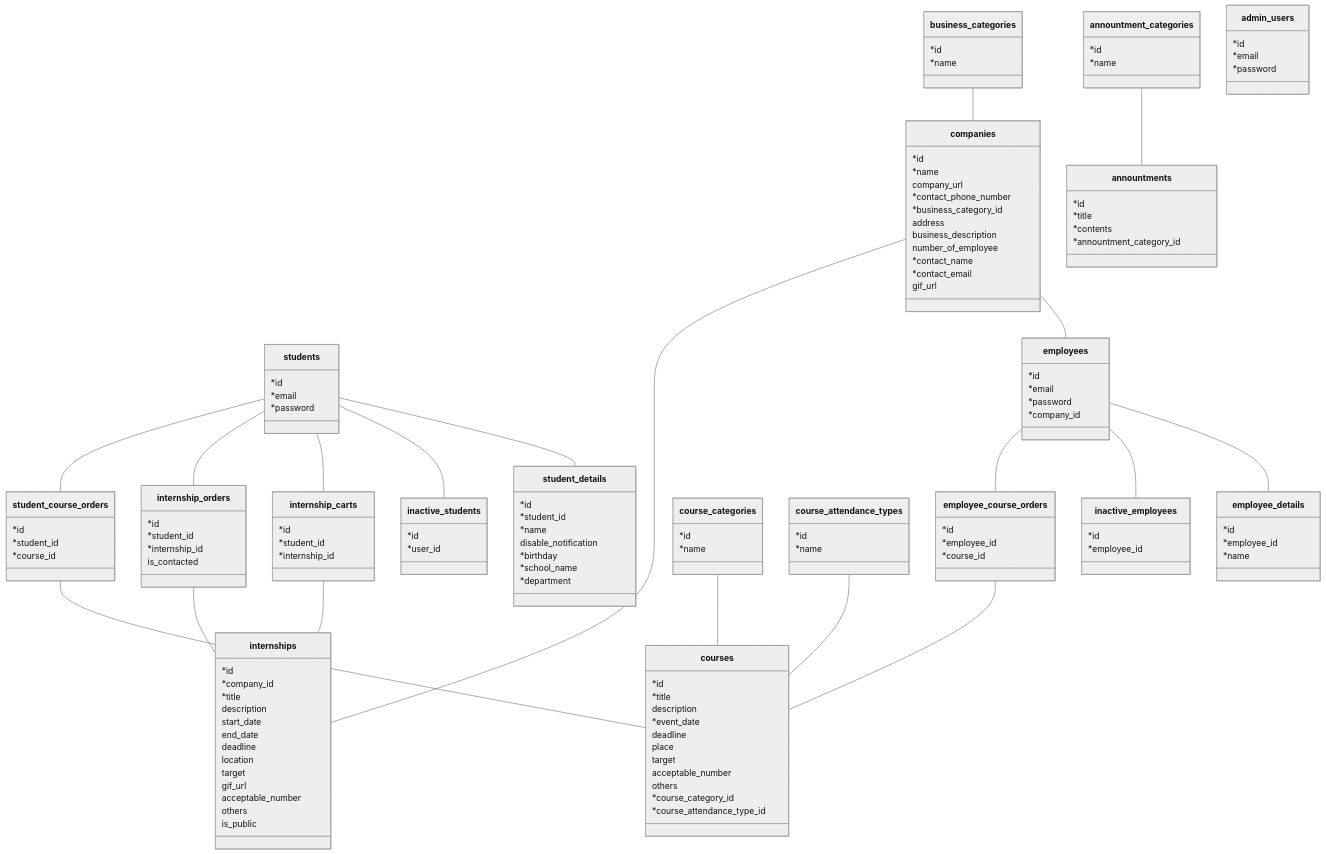
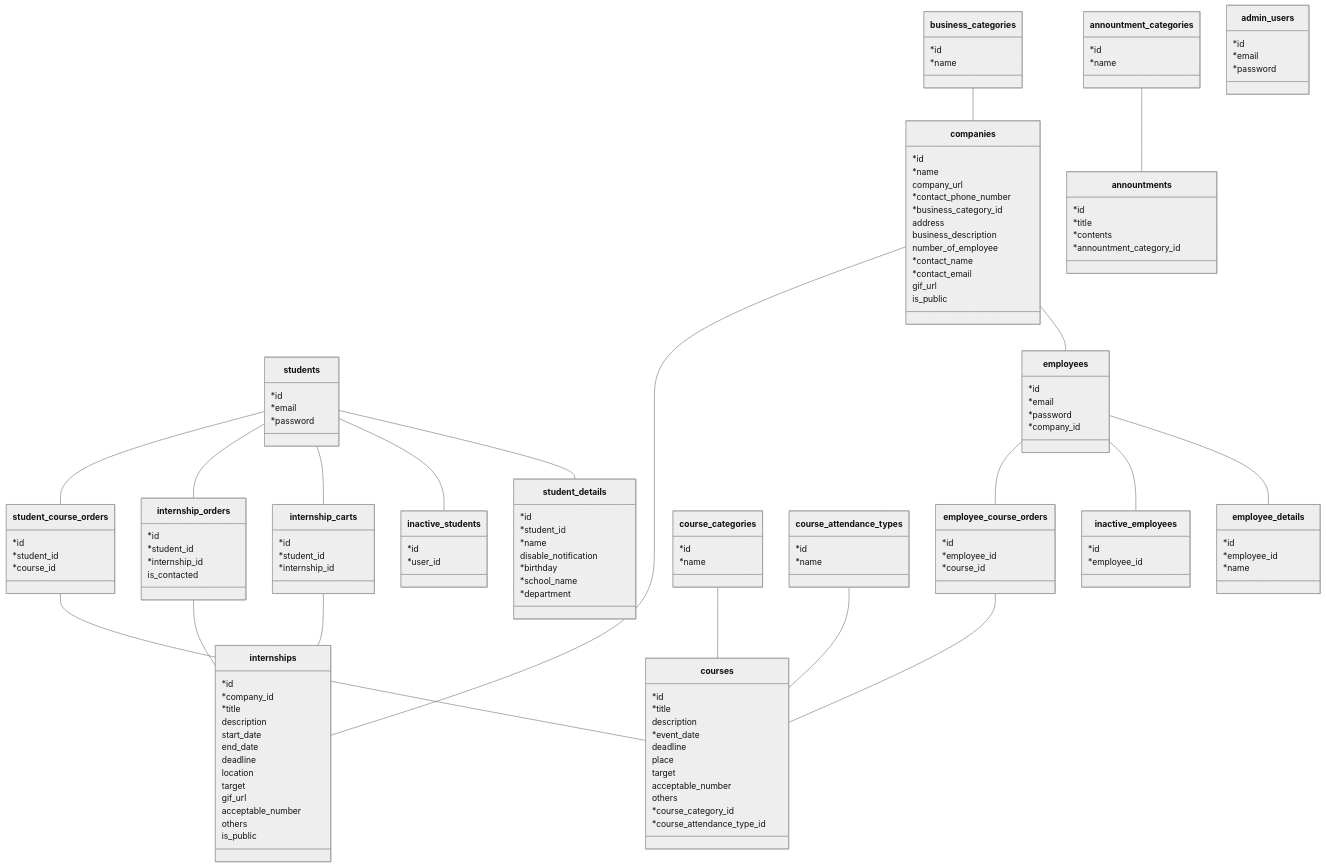
The diagram in docs/schema.md (youichiro/nagaoka-internship-site), drawn with Mermaid before and after one commit. The commit also changed 2 other files, not shown here.

Commit message:
add is_public column to companies

```diff
--- a/docs/schema.md
+++ b/docs/schema.md
@@ -82,6 +82,7 @@
     *contact_name
     *contact_email
     gif_url
+    is_public
   }
 
   class business_categories {
```
